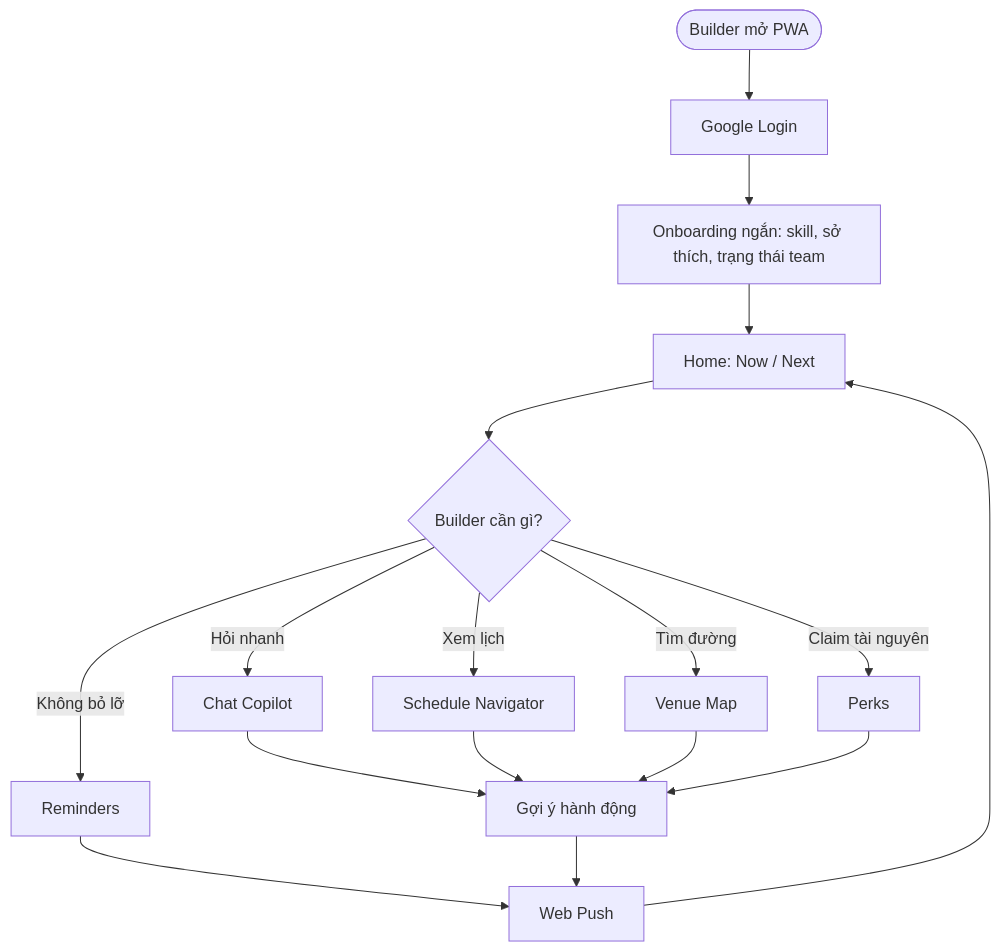
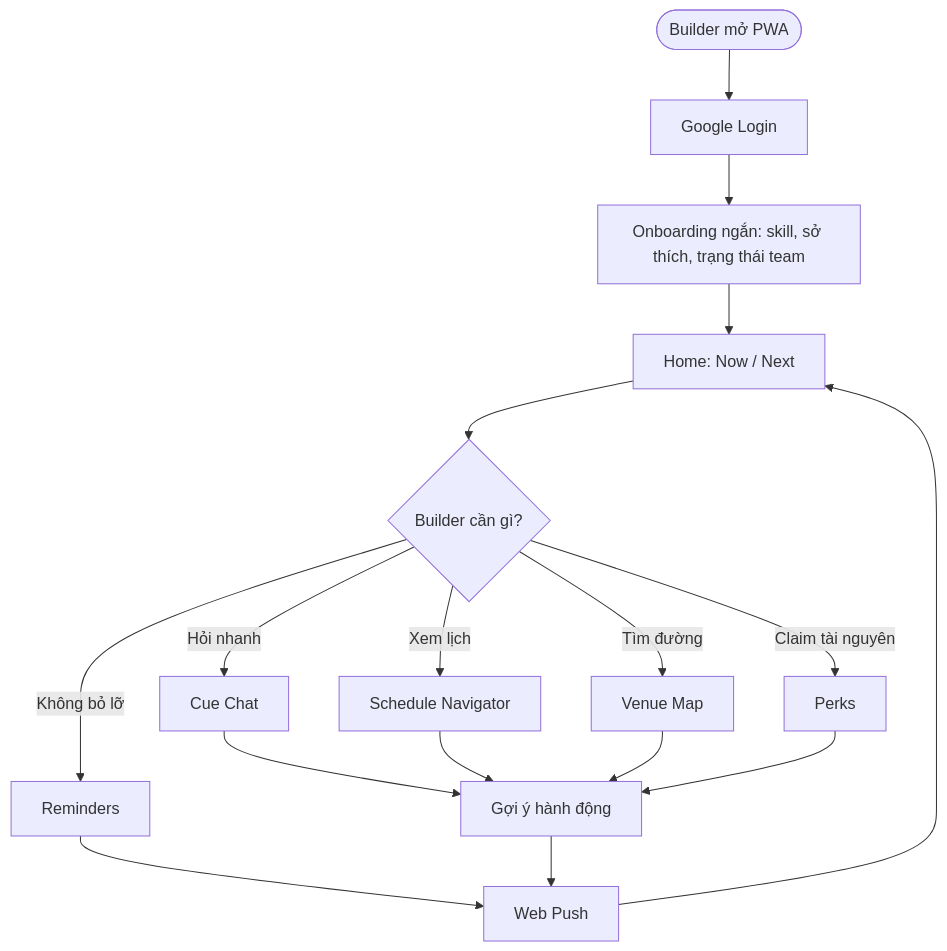
Before and after one commit to khangzens2001/AI-build-week-gemo: the fourth of 7 diagrams in README.md, drawn with Mermaid. The commit also changed other lines of this file and 24 other files, not shown here.

First line of the commit message:
feat: rebrand Event Copilot -> Cue + chat keyboard/scroll polish

````diff
--- a/README.md
+++ b/README.md
@@ -155,19 +155,19 @@
 ```mermaid
 flowchart TD
     A(["Builder mở PWA"]) --> L["Google Login"]
     L --> B["Onboarding ngắn: skill, sở thích, trạng thái team"]
     B --> C["Home: Now / Next"]
     C --> D{"Builder cần gì?"}
-    D -->|"Hỏi nhanh"| E["Chat Copilot"]
+    D -->|"Hỏi nhanh"| E["Cue Chat"]
     D -->|"Xem lịch"| F["Schedule Navigator"]
     D -->|"Tìm đường"| G["Venue Map"]
     D -->|"Claim tài nguyên"| H["Perks"]
     D -->|"Không bỏ lỡ"| I["Reminders"]
     E --> J["Gợi ý hành động"]
     F --> J
     G --> J
     H --> J
     I --> K["Web Push"]
     J --> K
     K --> C
 ```
````
